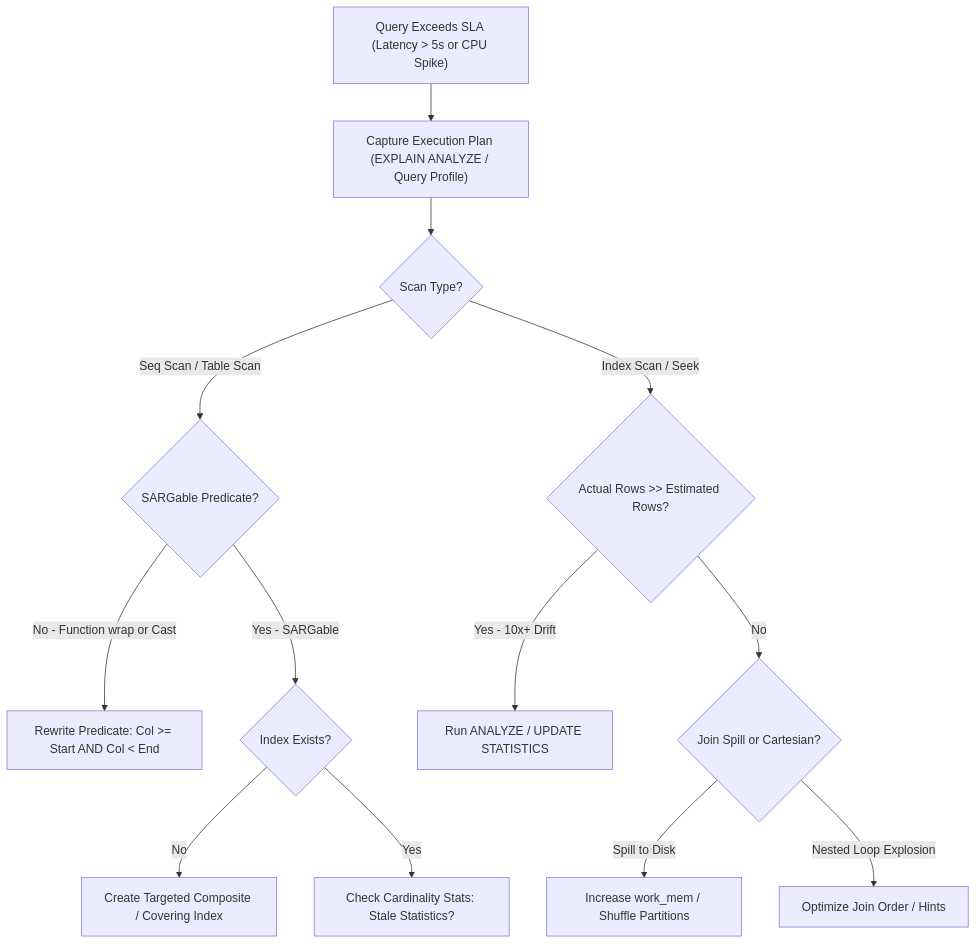
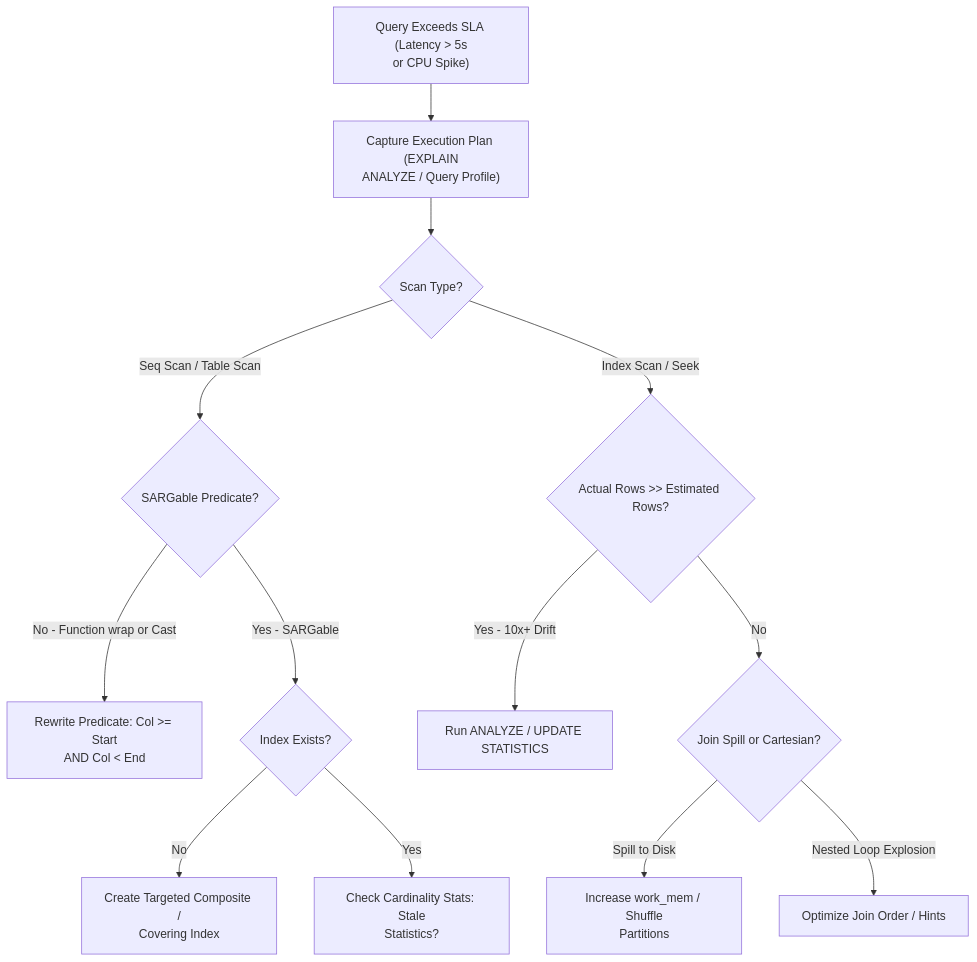
Before and after one commit to santoshjammi29/sql-handbook: the diagram in runbooks/02_query_performance_and_execution_plan_tuning.md, drawn with Mermaid. The commit also changed 17 other files, not shown here.

Commit message:
fix(diagrams): word-wrap labels and escape comparison operators across all diagrams

````diff
--- a/runbooks/02_query_performance_and_execution_plan_tuning.md
+++ b/runbooks/02_query_performance_and_execution_plan_tuning.md
@@ -11,18 +11,18 @@
 ```mermaid
 flowchart TD
-    Start["Query Exceeds SLA (Latency > 5s or CPU Spike)"] --> Capture["Capture Execution Plan (EXPLAIN ANALYZE / Query Profile)"]
+    Start["Query Exceeds SLA (Latency &gt; 5s<br/>or CPU Spike)"] --> Capture["Capture Execution Plan (EXPLAIN<br/>ANALYZE / Query Profile)"]
     Capture --> CheckScan{"Scan Type?"}
 
-    CheckScan -->|Seq Scan / Table Scan| CheckPred{"SARGable Predicate?"}
-    CheckPred -->|No - Function wrap or Cast| FixSarg["Rewrite Predicate: Col >= Start AND Col < End"]
+    CheckScan -->|"Seq Scan / Table Scan"| CheckPred{"SARGable Predicate?"}
+    CheckPred -->|No - Function wrap or Cast| FixSarg["Rewrite Predicate: Col &gt;= Start<br/>AND Col &lt; End"]
     CheckPred -->|Yes - SARGable| CheckIdx{"Index Exists?"}
-    CheckIdx -->|No| CreateIdx["Create Targeted Composite / Covering Index"]
-    CheckIdx -->|Yes| CheckStats["Check Cardinality Stats: Stale Statistics?"]
+    CheckIdx -->|No| CreateIdx["Create Targeted Composite /<br/>Covering Index"]
+    CheckIdx -->|Yes| CheckStats["Check Cardinality Stats: Stale<br/>Statistics?"]
 
-    CheckScan -->|Index Scan / Seek| CheckCard{"Actual Rows >> Estimated Rows?"}
+    CheckScan -->|"Index Scan / Seek"| CheckCard{"Actual Rows >&gt; Estimated Rows?"}
     CheckCard -->|Yes - 10x+ Drift| UpdStats["Run ANALYZE / UPDATE STATISTICS"]
     CheckCard -->|No| CheckJoin{"Join Spill or Cartesian?"}
 
-    CheckJoin -->|Spill to Disk| BoostMem["Increase work_mem / Shuffle Partitions"]
+    CheckJoin -->|Spill to Disk| BoostMem["Increase work_mem / Shuffle<br/>Partitions"]
     CheckJoin -->|Nested Loop Explosion| FixJoin["Optimize Join Order / Hints"]
 ```
````
